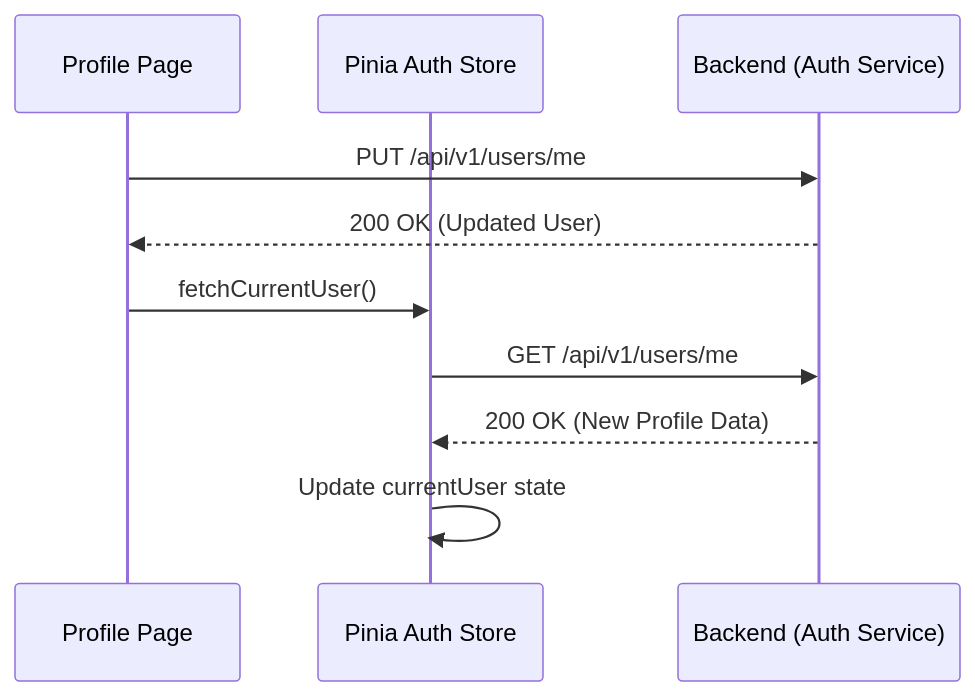
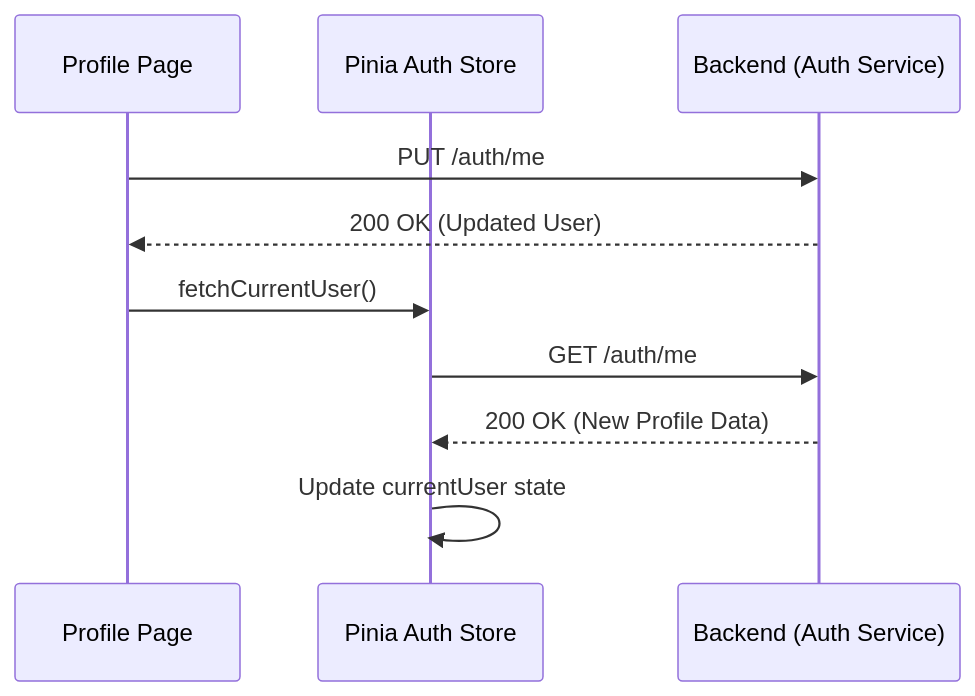
The fourth of 4 diagrams in frontend/docs/AUTH.md (Arroziqi/distributed-payment-system), drawn with Mermaid before and after one commit. The commit also changed other lines of this file and 3 other files, not shown here.

````diff
--- a/frontend/docs/AUTH.md
+++ b/frontend/docs/AUTH.md
@@ -95,13 +95,13 @@
 ```mermaid
 sequenceDiagram
     participant UI as Profile Page
     participant Store as Pinia Auth Store
     participant API as Backend (Auth Service)
     
-    UI->>API: PUT /api/v1/users/me
+    UI->>API: PUT /auth/me
     API-->>UI: 200 OK (Updated User)
     UI->>Store: fetchCurrentUser()
-    Store->>API: GET /api/v1/users/me
+    Store->>API: GET /auth/me
     API-->>Store: 200 OK (New Profile Data)
     Store->>Store: Update currentUser state
 ```
````
